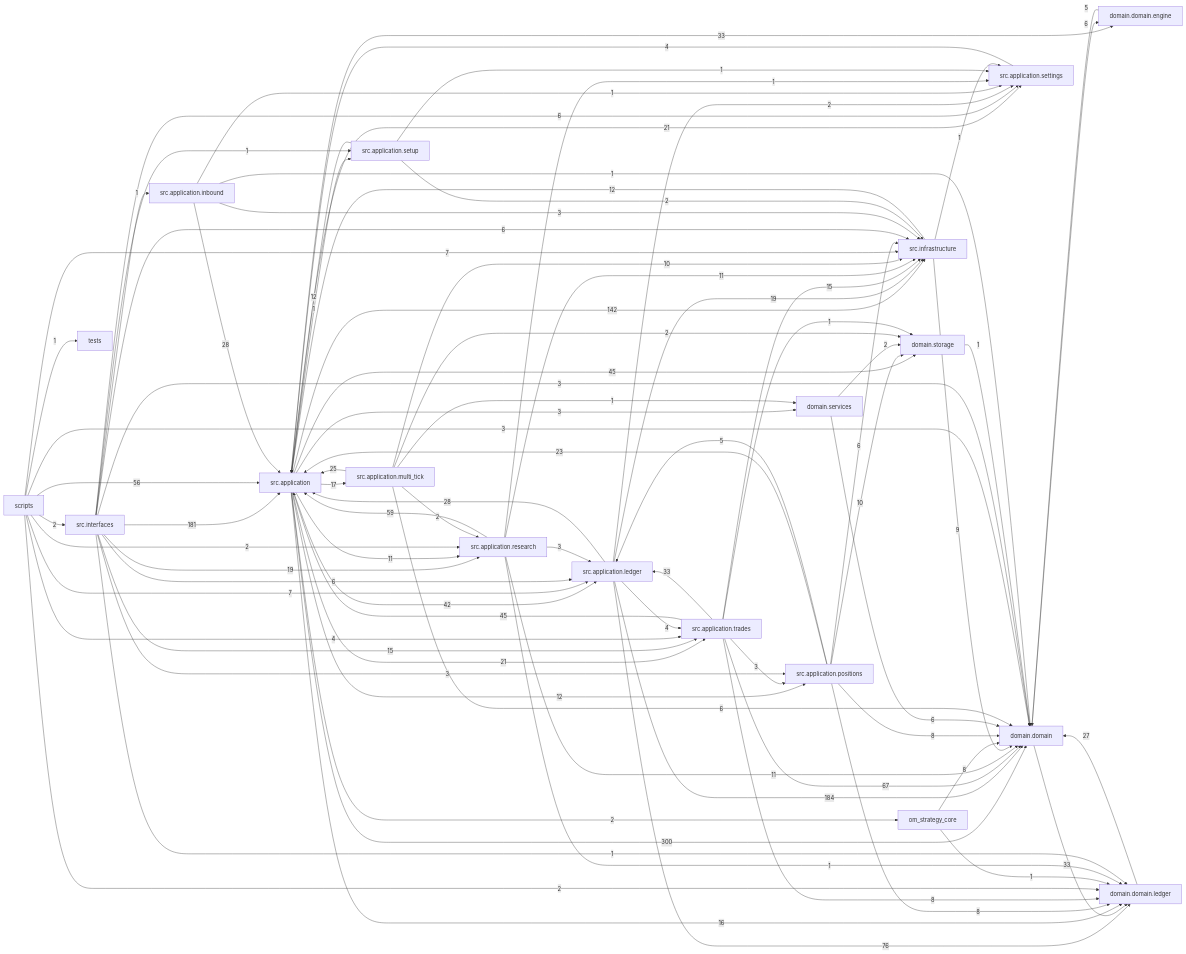
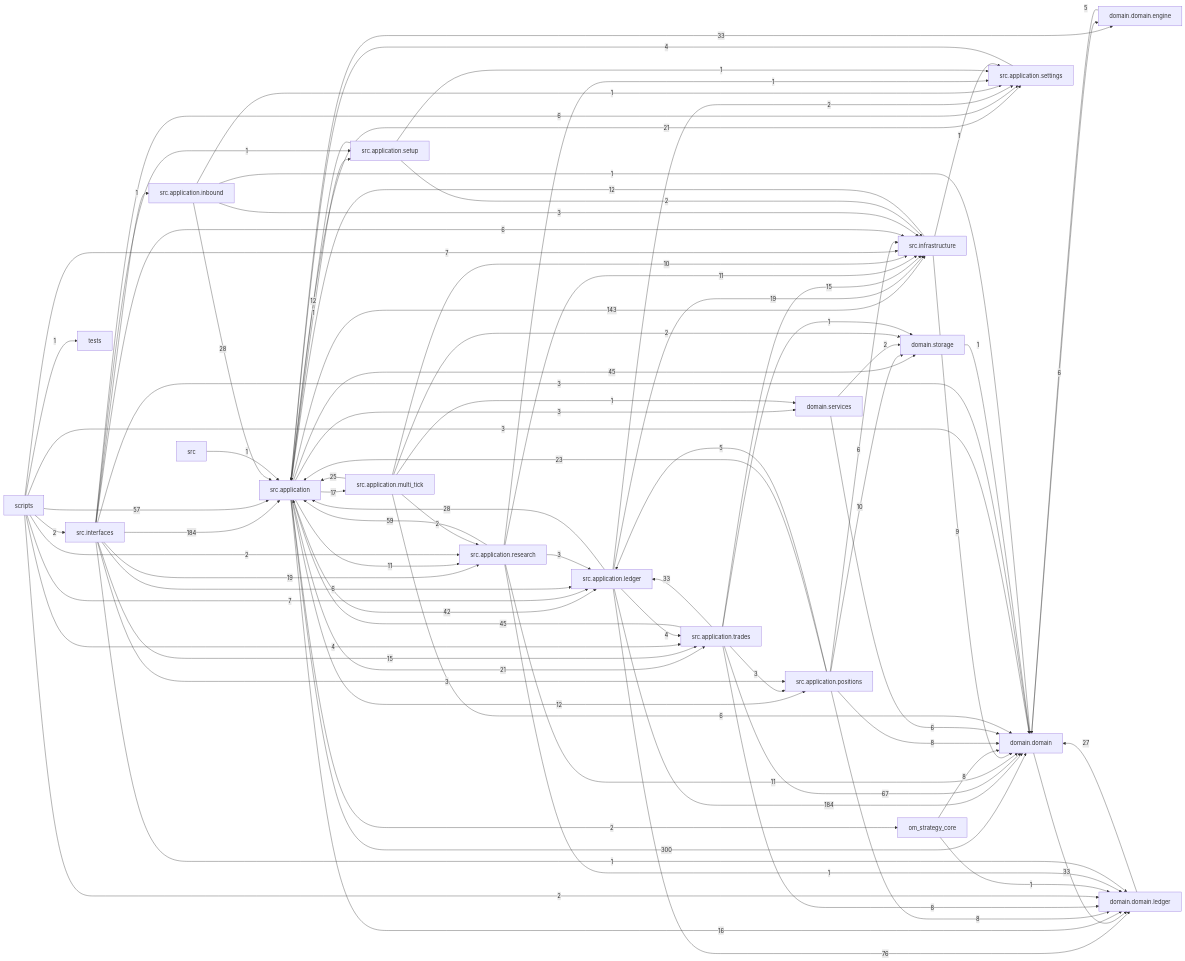
One commit to liuxie066/options-monitor changed the diagram in docs/dependency_graph.mmd. Above: the diagram before and after it, drawn with Mermaid. The commit also changed 24 other files, not shown here.

```diff
--- a/docs/dependency_graph.mmd
+++ b/docs/dependency_graph.mmd
@@ -1,86 +1,87 @@
 flowchart LR
   src_application["src.application"] -->|300| domain_domain["domain.domain"]
   src_application_ledger["src.application.ledger"] -->|184| domain_domain["domain.domain"]
-  src_interfaces["src.interfaces"] -->|181| src_application["src.application"]
-  src_application["src.application"] -->|142| src_infrastructure["src.infrastructure"]
+  src_interfaces["src.interfaces"] -->|184| src_application["src.application"]
+  src_application["src.application"] -->|143| src_infrastructure["src.infrastructure"]
   src_application_ledger["src.application.ledger"] -->|76| domain_domain_ledger["domain.domain.ledger"]
   src_application_trades["src.application.trades"] -->|67| domain_domain["domain.domain"]
   src_application_research["src.application.research"] -->|59| src_application["src.application"]
-  scripts["scripts"] -->|56| src_application["src.application"]
+  scripts["scripts"] -->|57| src_application["src.application"]
   src_application["src.application"] -->|45| domain_storage["domain.storage"]
   src_application_trades["src.application.trades"] -->|45| src_application["src.application"]
   src_application["src.application"] -->|42| src_application_ledger["src.application.ledger"]
   domain_domain["domain.domain"] -->|33| domain_domain_ledger["domain.domain.ledger"]
   src_application["src.application"] -->|33| domain_domain_engine["domain.domain.engine"]
   src_application_trades["src.application.trades"] -->|33| src_application_ledger["src.application.ledger"]
   src_application_inbound["src.application.inbound"] -->|28| src_application["src.application"]
   src_application_ledger["src.application.ledger"] -->|28| src_application["src.application"]
   domain_domain_ledger["domain.domain.ledger"] -->|27| domain_domain["domain.domain"]
   src_application_multi_tick["src.application.multi_tick"] -->|25| src_application["src.application"]
   src_application_positions["src.application.positions"] -->|23| src_application["src.application"]
   src_application["src.application"] -->|21| src_application_settings["src.application.settings"]
   src_application["src.application"] -->|21| src_application_trades["src.application.trades"]
   src_application_ledger["src.application.ledger"] -->|19| src_infrastructure["src.infrastructure"]
   src_interfaces["src.interfaces"] -->|19| src_application_research["src.application.research"]
   src_application["src.application"] -->|17| src_application_multi_tick["src.application.multi_tick"]
   src_application["src.application"] -->|16| domain_domain_ledger["domain.domain.ledger"]
   src_application_trades["src.application.trades"] -->|15| src_infrastructure["src.infrastructure"]
   src_interfaces["src.interfaces"] -->|15| src_application_trades["src.application.trades"]
   src_application["src.application"] -->|12| src_application_positions["src.application.positions"]
   src_application_setup["src.application.setup"] -->|12| src_application["src.application"]
   src_infrastructure["src.infrastructure"] -->|12| src_application["src.application"]
   src_application["src.application"] -->|11| src_application_research["src.application.research"]
   src_application_research["src.application.research"] -->|11| domain_domain["domain.domain"]
   src_application_research["src.application.research"] -->|11| src_infrastructure["src.infrastructure"]
   src_application_multi_tick["src.application.multi_tick"] -->|10| src_infrastructure["src.infrastructure"]
   src_application_positions["src.application.positions"] -->|10| domain_storage["domain.storage"]
   src_infrastructure["src.infrastructure"] -->|9| domain_domain["domain.domain"]
   om_strategy_core["om_strategy_core"] -->|8| domain_domain["domain.domain"]
   src_application_positions["src.application.positions"] -->|8| domain_domain["domain.domain"]
   src_application_positions["src.application.positions"] -->|8| domain_domain_ledger["domain.domain.ledger"]
   src_application_trades["src.application.trades"] -->|8| domain_domain_ledger["domain.domain.ledger"]
   scripts["scripts"] -->|7| src_application_ledger["src.application.ledger"]
   scripts["scripts"] -->|7| src_infrastructure["src.infrastructure"]
   domain_domain["domain.domain"] -->|6| domain_domain_engine["domain.domain.engine"]
   domain_services["domain.services"] -->|6| domain_domain["domain.domain"]
   src_application_multi_tick["src.application.multi_tick"] -->|6| domain_domain["domain.domain"]
   src_application_positions["src.application.positions"] -->|6| src_infrastructure["src.infrastructure"]
   src_interfaces["src.interfaces"] -->|6| src_application_ledger["src.application.ledger"]
   src_interfaces["src.interfaces"] -->|6| src_application_settings["src.application.settings"]
   src_interfaces["src.interfaces"] -->|6| src_infrastructure["src.infrastructure"]
   domain_domain_engine["domain.domain.engine"] -->|5| domain_domain["domain.domain"]
   src_application_positions["src.application.positions"] -->|5| src_application_ledger["src.application.ledger"]
   scripts["scripts"] -->|4| src_application_trades["src.application.trades"]
   src_application_ledger["src.application.ledger"] -->|4| src_application_trades["src.application.trades"]
   src_application_settings["src.application.settings"] -->|4| src_application["src.application"]
   scripts["scripts"] -->|3| domain_domain["domain.domain"]
   src_application["src.application"] -->|3| domain_services["domain.services"]
   src_application_inbound["src.application.inbound"] -->|3| src_infrastructure["src.infrastructure"]
   src_application_research["src.application.research"] -->|3| src_application_ledger["src.application.ledger"]
   src_application_trades["src.application.trades"] -->|3| src_application_positions["src.application.positions"]
   src_interfaces["src.interfaces"] -->|3| domain_domain["domain.domain"]
   src_interfaces["src.interfaces"] -->|3| src_application_positions["src.application.positions"]
   domain_services["domain.services"] -->|2| domain_storage["domain.storage"]
   scripts["scripts"] -->|2| domain_domain_ledger["domain.domain.ledger"]
   scripts["scripts"] -->|2| src_application_research["src.application.research"]
   scripts["scripts"] -->|2| src_interfaces["src.interfaces"]
   src_application["src.application"] -->|2| om_strategy_core["om_strategy_core"]
   src_application_ledger["src.application.ledger"] -->|2| src_application_settings["src.application.settings"]
   src_application_multi_tick["src.application.multi_tick"] -->|2| domain_storage["domain.storage"]
   src_application_multi_tick["src.application.multi_tick"] -->|2| src_application_research["src.application.research"]
   src_application_setup["src.application.setup"] -->|2| src_infrastructure["src.infrastructure"]
   domain_storage["domain.storage"] -->|1| domain_domain["domain.domain"]
   om_strategy_core["om_strategy_core"] -->|1| domain_domain_ledger["domain.domain.ledger"]
   scripts["scripts"] -->|1| tests["tests"]
+  src["src"] -->|1| src_application["src.application"]
   src_application["src.application"] -->|1| src_application_setup["src.application.setup"]
   src_application_inbound["src.application.inbound"] -->|1| domain_domain["domain.domain"]
   src_application_inbound["src.application.inbound"] -->|1| src_application_settings["src.application.settings"]
   src_application_multi_tick["src.application.multi_tick"] -->|1| domain_services["domain.services"]
   src_application_research["src.application.research"] -->|1| domain_domain_ledger["domain.domain.ledger"]
   src_application_research["src.application.research"] -->|1| src_application_settings["src.application.settings"]
   src_application_setup["src.application.setup"] -->|1| src_application_settings["src.application.settings"]
   src_application_trades["src.application.trades"] -->|1| domain_storage["domain.storage"]
   src_infrastructure["src.infrastructure"] -->|1| src_application_settings["src.application.settings"]
   src_interfaces["src.interfaces"] -->|1| domain_domain_ledger["domain.domain.ledger"]
   src_interfaces["src.interfaces"] -->|1| src_application_inbound["src.application.inbound"]
   src_interfaces["src.interfaces"] -->|1| src_application_setup["src.application.setup"]
```
